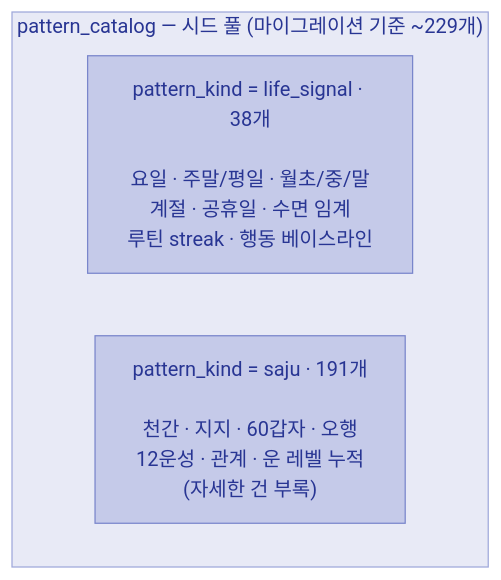
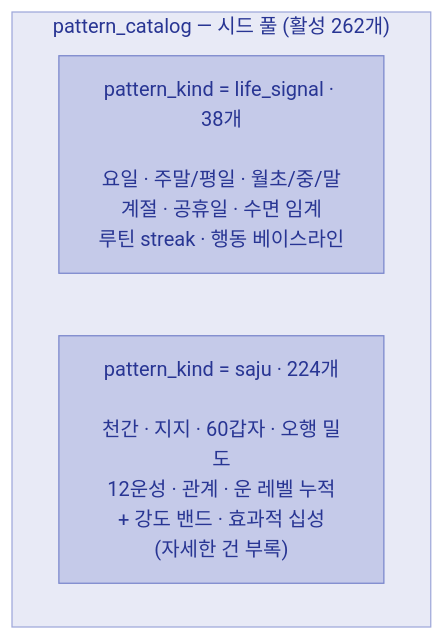
The third of 8 diagrams in docs/explainers/insight-v2.md (hyewon3938/slack-ai-agents), drawn with Mermaid before and after one commit. The commit also changed other lines of this file, not shown here.

````diff
--- a/docs/explainers/insight-v2.md
+++ b/docs/explainers/insight-v2.md
@@ -173,13 +171,13 @@
 ```mermaid
 flowchart TB
-  subgraph PC["pattern_catalog — 시드 풀 (마이그레이션 기준 ~229개)"]
+  subgraph PC["pattern_catalog — 시드 풀 (활성 262개)"]
     direction LR
     LIFE["pattern_kind = life_signal · 38개<br/><br/>요일 · 주말/평일 · 월초/중/말<br/>계절 · 공휴일 · 수면 임계<br/>루틴 streak · 행동 베이스라인"]
-    SAJU["pattern_kind = saju · 191개<br/><br/>천간 · 지지 · 60갑자 · 오행<br/>12운성 · 관계 · 운 레벨 누적<br/>(자세한 건 부록)"]
+    SAJU["pattern_kind = saju · 224개<br/><br/>천간 · 지지 · 60갑자 · 오행 밀도<br/>12운성 · 관계 · 운 레벨 누적<br/>+ 강도 밴드 · 효과적 십성<br/>(자세한 건 부록)"]
   end
 
   classDef seedBox fill:#E8EAF6,stroke:#9FA8DA,color:#283593
   classDef seedNode fill:#C5CAE9,stroke:#7986CB,color:#283593
   class PC seedBox
   class LIFE,SAJU seedNode
 ```
````
